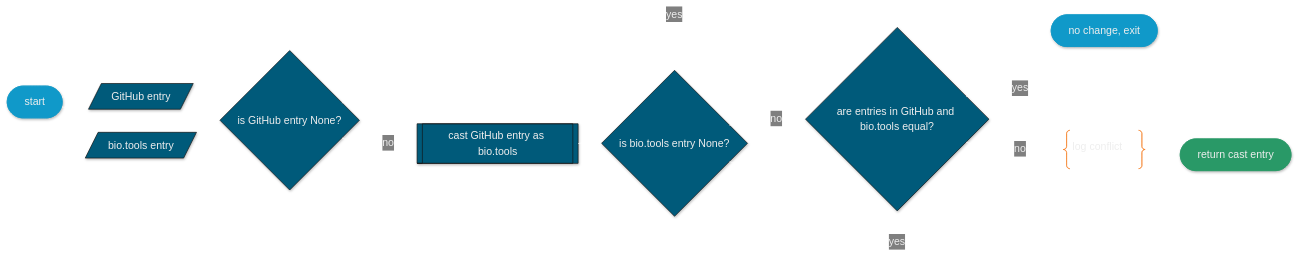
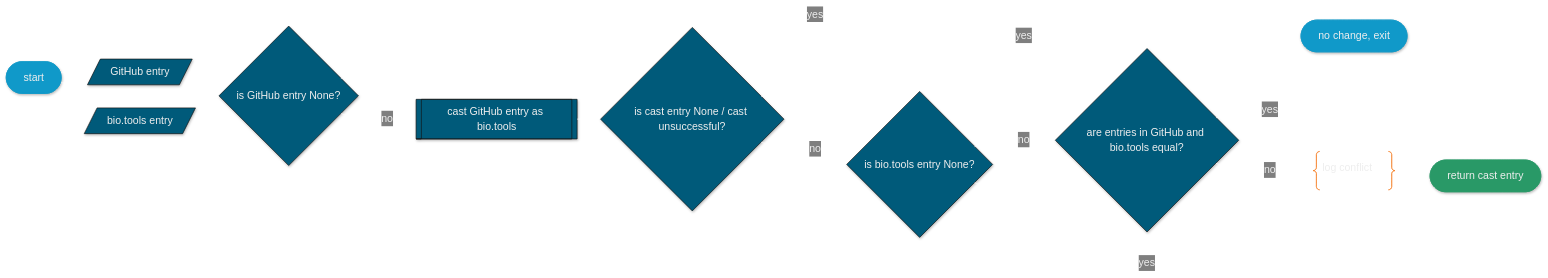
Before and after one commit to bio-tools/biohackathon2025: the diagram in docs/source/api_reference/diagrams/gh2bt/policy-gh-over-bt.mmd, drawn with Mermaid. The commit also changed 1 other file, not shown here.

Commit message:
chore: update policy check

```diff
--- a/docs/source/api_reference/diagrams/gh2bt/policy-gh-over-bt.mmd
+++ b/docs/source/api_reference/diagrams/gh2bt/policy-gh-over-bt.mmd
@@ -1,48 +1,50 @@
 ---
 config:
   theme: base
   look: neo
   layout: elk
   elk:
     nodePlacementStrategy: NETWORK_SIMPLEX
   themeVariables:
     darkMode: true
     background: "#121212"
     primaryColor: "#005a7a"
     primaryBorderColor: "#121212"
     secondaryBorderColor:  "#121212"
     edgeLabelBackground: transparent
     lineColor: "#fff"
     labelTextColor: "#5DD3FC"
     clusterBkg: transparent
     clusterBorder: "#5DD3FC"
     noteBkgColor: "#F47D22"
     noteBorderColor: "#F47D22"
     noteTextColor: "#fff"
 ---
 flowchart LR
     classDef notestyle fill:#F47D22
     classDef notestyle stroke:#F47D22
     classDef terminal fill:#1099c9
     classDef terminal stroke:#1099c9
     classDef success fill:#299967
     classDef success stroke:#299967
 
     start([start]):::terminal
     nochange([no change, exit]):::terminal
     gh[/GitHub entry/]
     bt[/bio.tools entry/]
     return([return cast entry]):::success
     conflict@{ shape: braces, label: "log conflict" }
     style conflict fill:#F47D22,stroke:#F47D22
 
     start --> gh & bt
     gh & bt --> gh_check{is GitHub entry None?}
     gh_check -->|yes| nochange
     gh_check -->|no| build[[cast GitHub entry as bio.tools]]
-    build --> bt_check{is bio.tools entry None?}
+    build --> check_cast{is cast entry None / cast unsuccessful?}
+    check_cast -->|yes| nochange
+    check_cast -->|no| bt_check{is bio.tools entry None?}
     bt_check -->|yes| return
     bt_check -->|no| equal_check{are entries in GitHub and bio.tools equal?}
     equal_check -->|yes| nochange
     equal_check -->|no| conflict
     conflict --> return
```
